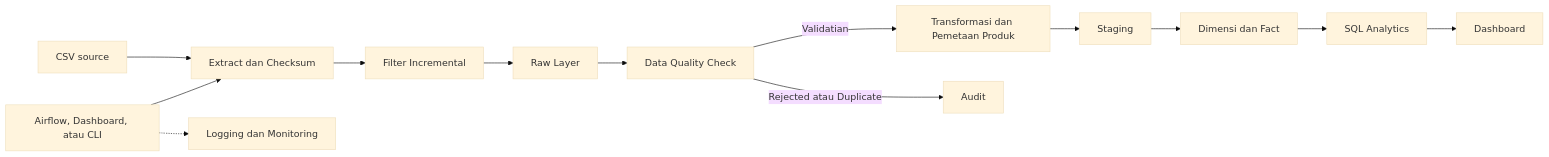
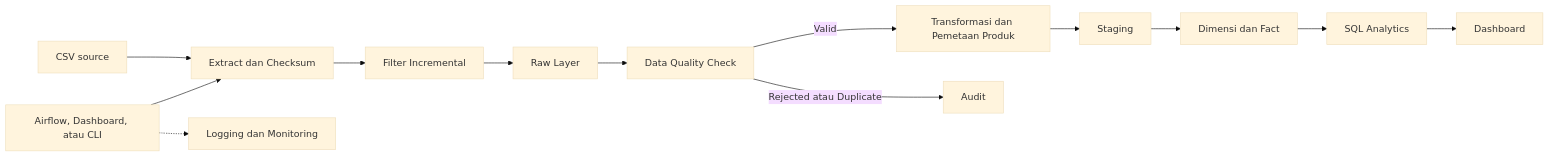
The diagram in README.md (RinaldiHamzah/arunika-sales-pepeline-end-to-end), drawn with Mermaid (base theme) before and after one commit. The commit also changed other lines of this file and 63 other files, not shown here.

````diff
--- a/README.md
+++ b/README.md
@@ -9,15 +9,15 @@
 ```mermaid
 flowchart LR
     A[CSV source] --> B[Extract dan Checksum]
     B --> C[Filter Incremental]
     C --> D[Raw Layer]
     D --> E[Data Quality Check]
-    E -->|Validatian| F[Transformasi dan Pemetaan Produk]
+    E -->|Valid| F[Transformasi dan Pemetaan Produk]
     F --> G[Staging]
     G --> H[Dimensi dan Fact]
     H --> I[SQL Analytics]
     I --> J[Dashboard]
     E -->|Rejected atau Duplicate| K[Audit]
     L[Airflow, Dashboard, atau CLI] --> B
     L -.-> M[Logging dan Monitoring]
 ```
````
